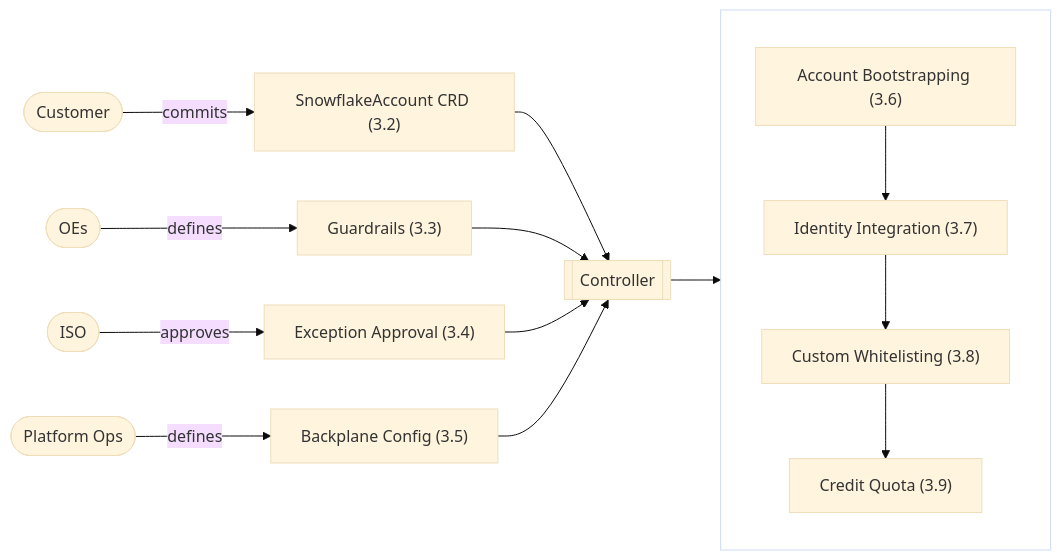
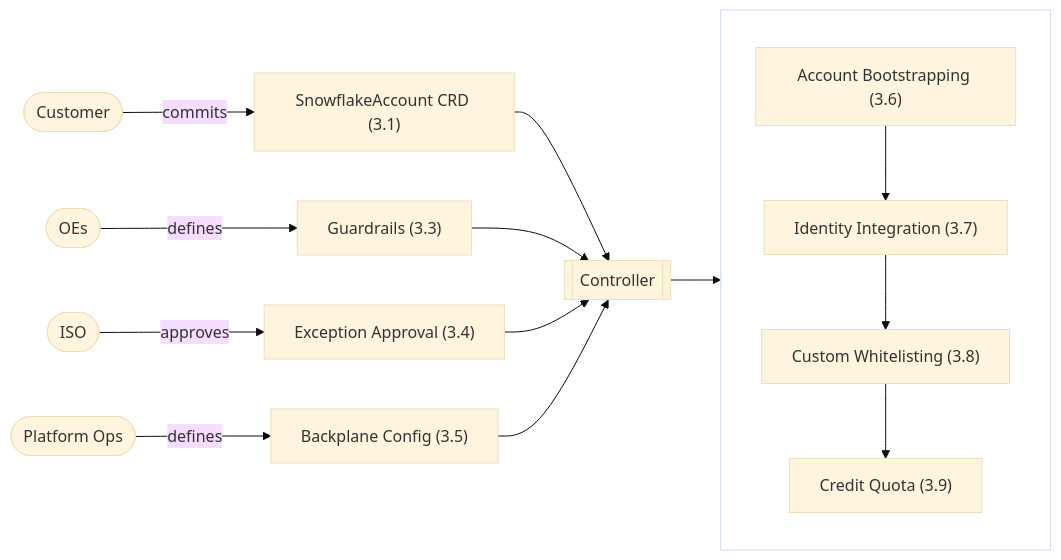
The diagram in specs/design.md (allianz/yukimi), drawn with Mermaid (base theme) before and after one commit. The commit also changed other lines of this file, not shown here.

````diff
--- a/specs/design.md
+++ b/specs/design.md
@@ -93,23 +137,23 @@
 ```mermaid
 flowchart LR
-    Customer([Customer]) -->|commits| CRD["SnowflakeAccount CRD (3.2)"]
+    Customer([Customer]) -->|commits| CRD["SnowflakeAccount CRD (3.1)"]
     OEs([OEs]) -->|defines| Guardrails["Guardrails (3.3)"]
     ISO([ISO]) -->|approves| Exceptions["Exception Approval (3.4)"]
     Ops([Platform Ops]) -->|defines| BackplaneConfig["Backplane Config (3.5)"]
 
     CRD --> Controller[[Controller]]
     Guardrails --> Controller
     Exceptions --> Controller
     BackplaneConfig --> Controller
 
     Controller --> CreateFlow
 
     subgraph createFlowGroup [" "]
         direction TB
         CreateFlow["Account Bootstrapping (3.6)"] --> IdentityIntegration["Identity Integration (3.7)"]
         IdentityIntegration --> Whitelisting["Custom Whitelisting (3.8)"]
         Whitelisting --> CreditQuota["Credit Quota (3.9)"]
     end
 
     style createFlowGroup fill:transparent
 ```
````
